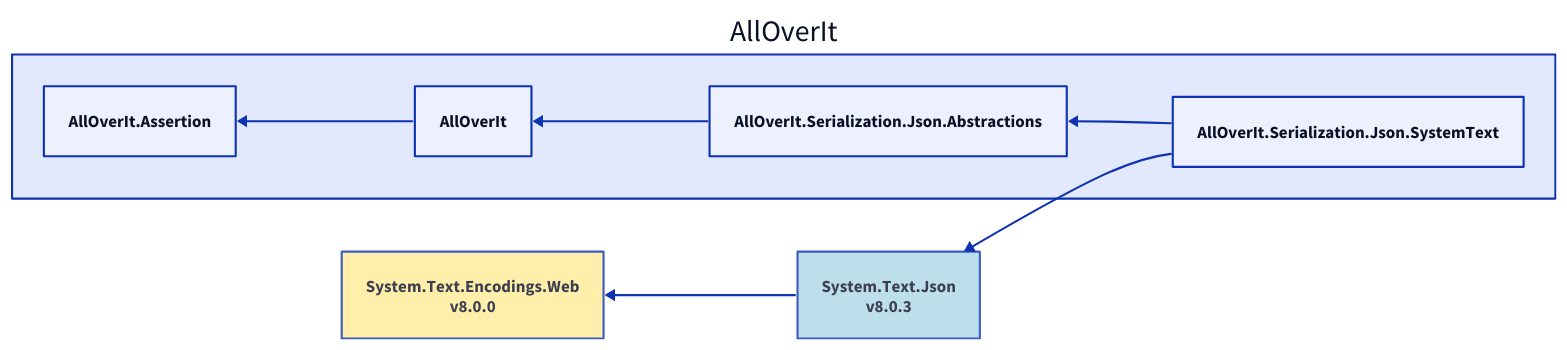
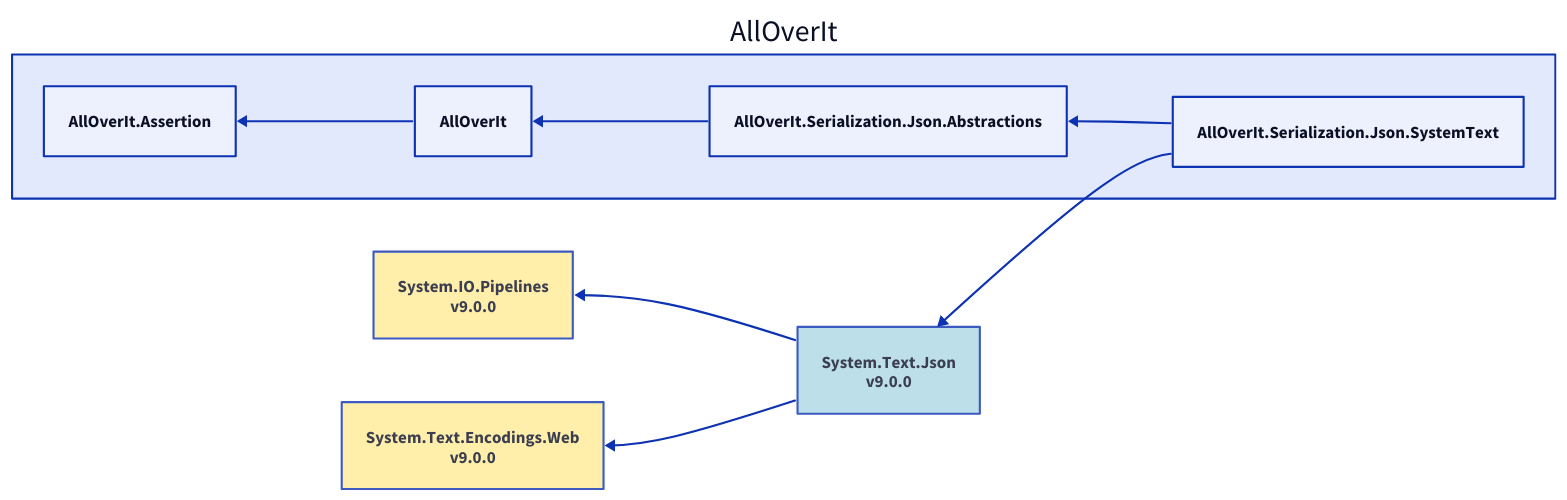
One commit to mjfreelancing/AllOverIt changed the diagram in Docs/Reference/Content/images/dependencies/net8.0/alloverit-serialization-json-systemtext.d2. Above: the diagram before and after it, drawn with D2. The commit also changed 205 other files, not shown here.

```diff
--- a/Docs/Reference/Content/images/dependencies/net8.0/alloverit-serialization-json-systemtext.d2
+++ b/Docs/Reference/Content/images/dependencies/net8.0/alloverit-serialization-json-systemtext.d2
@@ -1,18 +1,22 @@
 direction: left
 
 aoi: AllOverIt
 aoi.alloverit-serialization-json-systemtext: AllOverIt.Serialization.Json.SystemText
-system-text-json_8-0-3: System.Text.Json\nv8.0.3
-system-text-json_8-0-3.style.fill: "#ADD8E6"
-system-text-json_8-0-3.style.opacity: 0.8
-system-text-encodings-web_8-0-0: System.Text.Encodings.Web\nv8.0.0
-system-text-encodings-web_8-0-0.style.fill: "#FFEC96"
-system-text-encodings-web_8-0-0.style.opacity: 0.8
-system-text-encodings-web_8-0-0 <- system-text-json_8-0-3
-system-text-json_8-0-3 <- aoi.alloverit-serialization-json-systemtext
+system-text-json_9-0-0: System.Text.Json\nv9.0.0
+system-text-json_9-0-0.style.fill: "#ADD8E6"
+system-text-json_9-0-0.style.opacity: 0.8
+system-io-pipelines_9-0-0: System.IO.Pipelines\nv9.0.0
+system-io-pipelines_9-0-0.style.fill: "#FFEC96"
+system-io-pipelines_9-0-0.style.opacity: 0.8
+system-io-pipelines_9-0-0 <- system-text-json_9-0-0
+system-text-encodings-web_9-0-0: System.Text.Encodings.Web\nv9.0.0
+system-text-encodings-web_9-0-0.style.fill: "#FFEC96"
+system-text-encodings-web_9-0-0.style.opacity: 0.8
+system-text-encodings-web_9-0-0 <- system-text-json_9-0-0
+system-text-json_9-0-0 <- aoi.alloverit-serialization-json-systemtext
 aoi.alloverit-serialization-json-abstractions: AllOverIt.Serialization.Json.Abstractions
 aoi.alloverit: AllOverIt
 aoi.alloverit-assertion: AllOverIt.Assertion
 aoi.alloverit-assertion <- aoi.alloverit
 aoi.alloverit <- aoi.alloverit-serialization-json-abstractions
 aoi.alloverit-serialization-json-abstractions <- aoi.alloverit-serialization-json-systemtext
```
